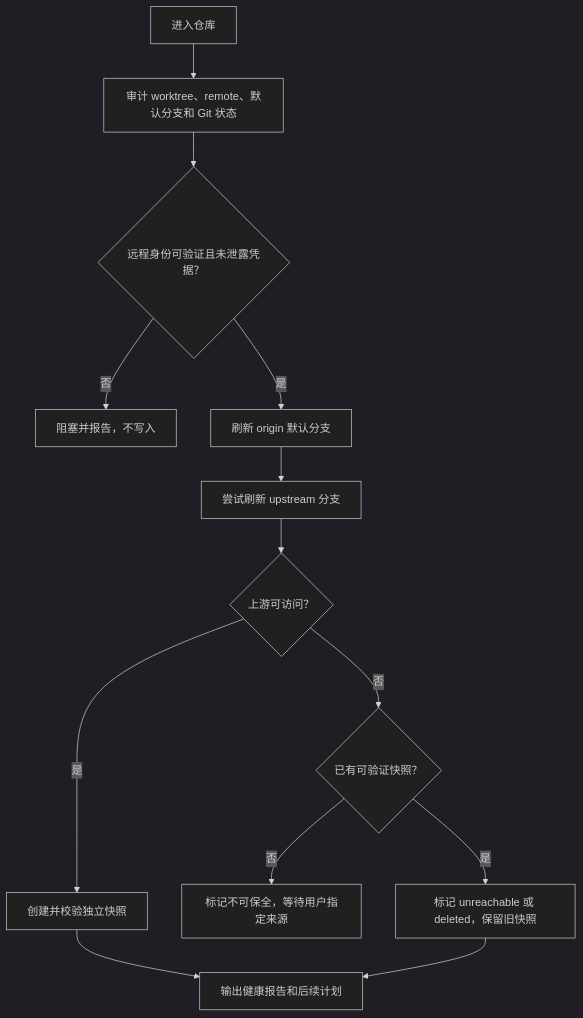
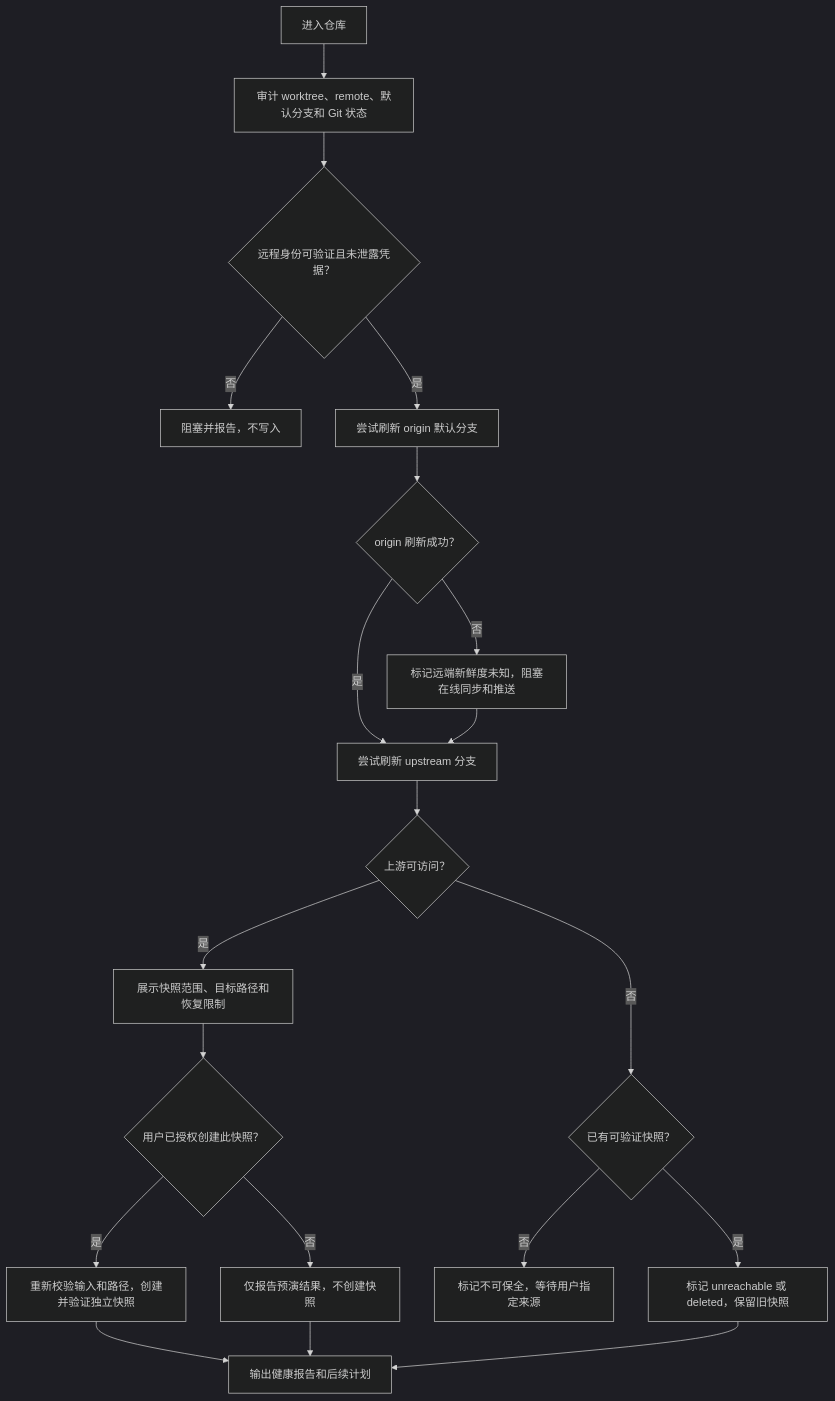
The first of 2 diagrams in docs/superpowers/specs/2026-07-29-fork-repository-maintenance-skill-prd.md (wk1995/skill), drawn with Mermaid (dark theme) before and after one commit. The commit also changed other lines of this file, not shown here.

First line of the commit message:
[Codex][GPT-6] docs: align offline recovery and snapshot authorization

````diff
--- a/docs/superpowers/specs/2026-07-29-fork-repository-maintenance-skill-prd.md
+++ b/docs/superpowers/specs/2026-07-29-fork-repository-maintenance-skill-prd.md
@@ -156,15 +157,22 @@
 ```mermaid
 flowchart TD
     Start[进入仓库] --> Inspect[审计 worktree、remote、默认分支和 Git 状态]
     Inspect --> Identity{远程身份可验证且未泄露凭据？}
     Identity -- 否 --> Block[阻塞并报告，不写入]
-    Identity -- 是 --> FetchOrigin[刷新 origin 默认分支]
-    FetchOrigin --> FetchUpstream[尝试刷新 upstream 分支]
+    Identity -- 是 --> FetchOrigin[尝试刷新 origin 默认分支]
+    FetchOrigin --> OriginState{origin 刷新成功？}
+    OriginState -- 是 --> FetchUpstream[尝试刷新 upstream 分支]
+    OriginState -- 否 --> OriginUnknown[标记远端新鲜度未知，阻塞在线同步和推送]
+    OriginUnknown --> FetchUpstream
     FetchUpstream --> Reachable{上游可访问？}
-    Reachable -- 是 --> Snapshot[创建并校验独立快照]
+    Reachable -- 是 --> SnapshotPlan[展示快照范围、目标路径和恢复限制]
+    SnapshotPlan --> SnapshotConfirm{用户已授权创建此快照？}
+    SnapshotConfirm -- 否 --> Preview[仅报告预演结果，不创建快照]
+    SnapshotConfirm -- 是 --> Snapshot[重新校验输入和路径，创建并验证独立快照]
     Reachable -- 否 --> Existing{已有可验证快照？}
     Existing -- 否 --> BlockNoSnapshot[标记不可保全，等待用户指定来源]
     Existing -- 是 --> State[标记 unreachable 或 deleted，保留旧快照]
     Snapshot --> Report[输出健康报告和后续计划]
+    Preview --> Report
     State --> Report
 ```
````
